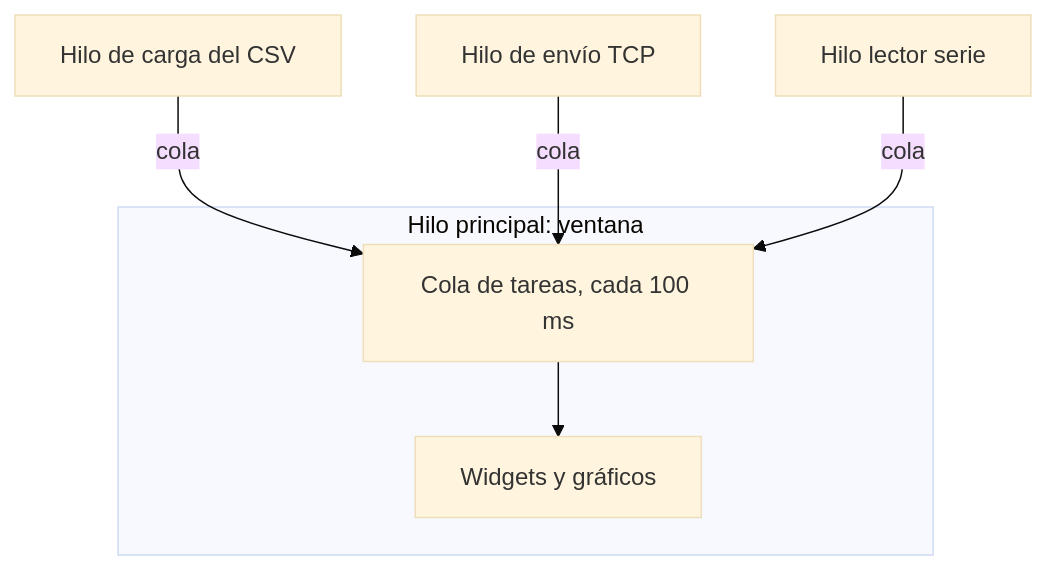
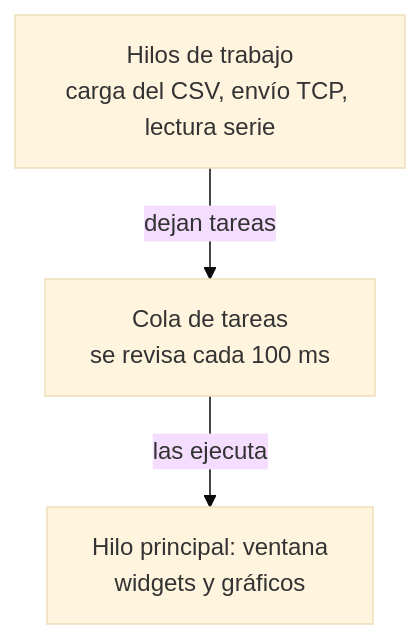
The fifth of 5 diagrams in MAESTRO.md (cescalantea/bigdata_evaluacion2), drawn with Mermaid (base theme) before and after one commit. The commit also changed other lines of this file and 5 other files, not shown here.

First line of the commit message:
Actualiza la documentación de instalación y hace verticales los diagramas del MAESTRO

````diff
--- a/MAESTRO.md
+++ b/MAESTRO.md
@@ -201,11 +215,5 @@
 ```mermaid
 flowchart TD
-    subgraph P["Hilo principal: ventana"]
-        W["Widgets y gráficos"]
-        Q["Cola de tareas, cada 100 ms"]
-    end
-    H1["Hilo de carga del CSV"] -->|"cola"| Q
-    H2["Hilo de envío TCP"] -->|"cola"| Q
-    H3["Hilo lector serie"] -->|"cola"| Q
-    Q --> W
+    H["Hilos de trabajo<br/>carga del CSV, envío TCP, lectura serie"] -->|"dejan tareas"| Q["Cola de tareas<br/>se revisa cada 100 ms"]
+    Q -->|"las ejecuta"| W["Hilo principal: ventana<br/>widgets y gráficos"]
 ```
````
